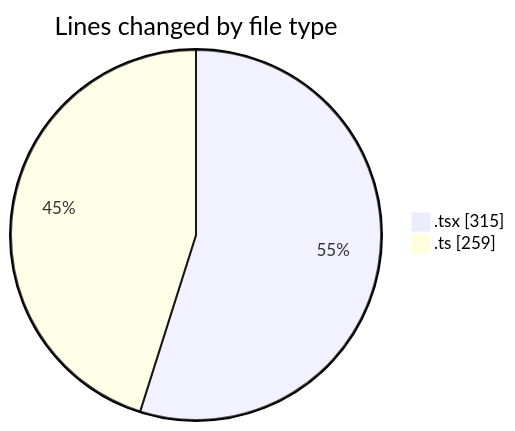
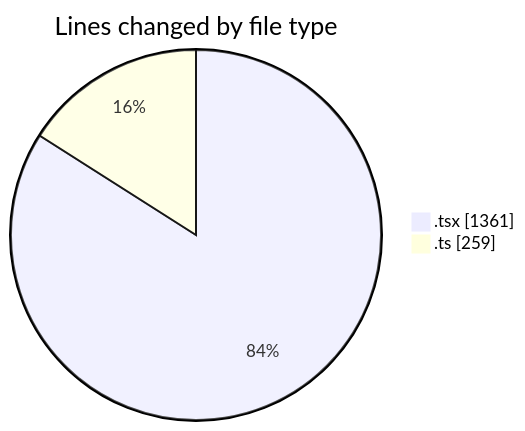
One commit to robertbonfada/code-tracking changed the first of 2 diagrams in 2025-01-30/mbc-web/README.md. Above: the diagram before and after it, drawn with Mermaid. The commit also changed other lines of this file and 1 other file, not shown here.

````diff
--- a/2025-01-30/mbc-web/README.md
+++ b/2025-01-30/mbc-web/README.md
@@ -25,6 +28,6 @@
 ```mermaid
 pie showData
 title Lines changed by file type
-".tsx" : 315
+".tsx" : 1361
 ".ts" : 259
 ```
````
